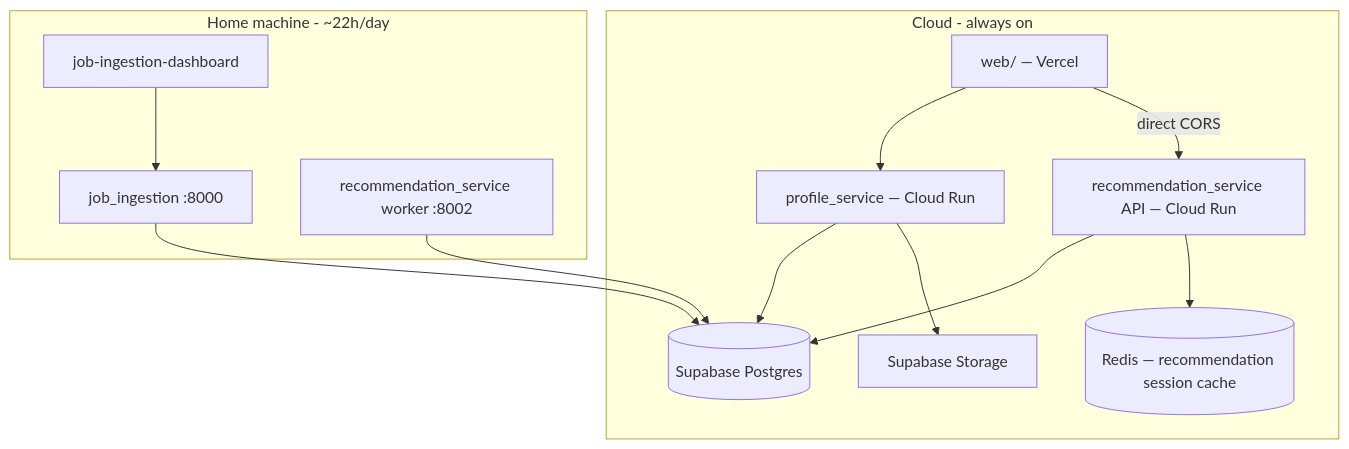
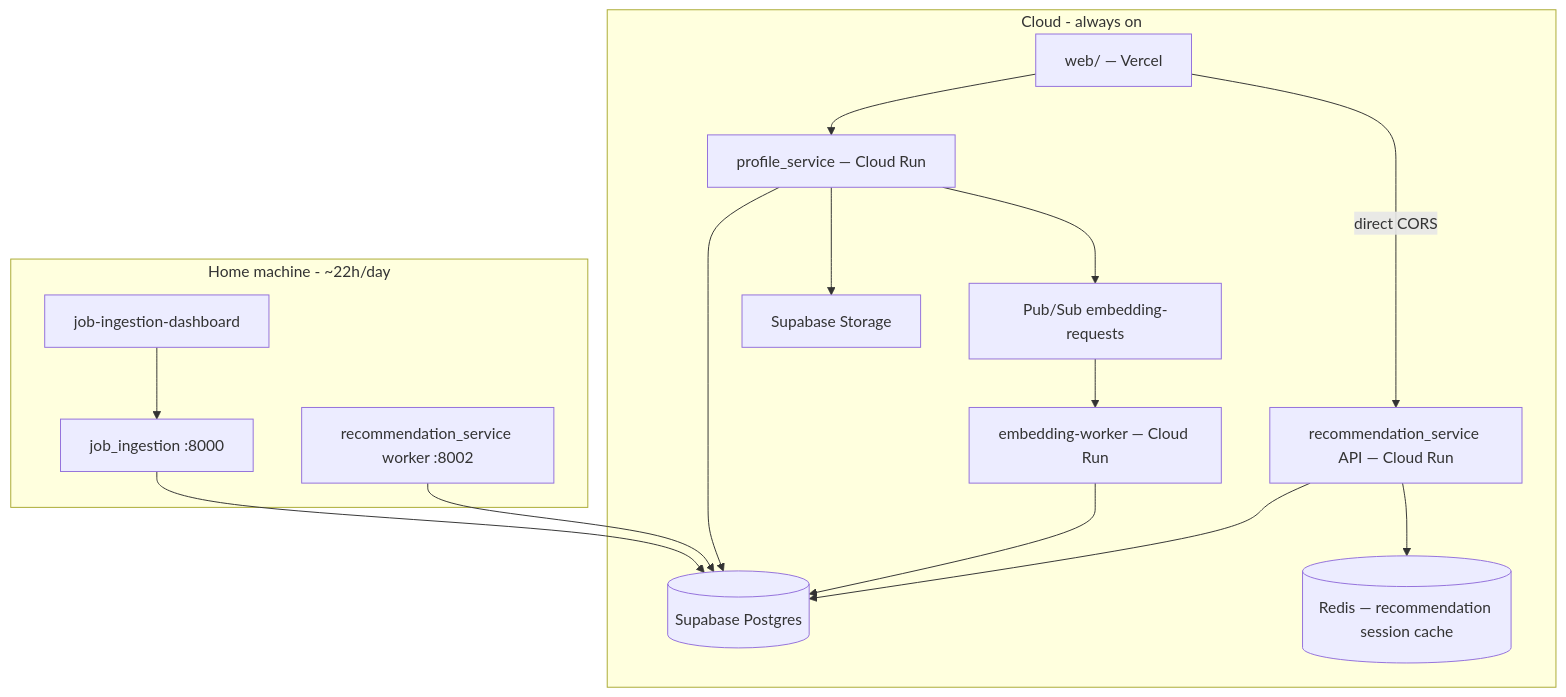
Before and after one commit to yatharthMogra/job-crawler: the first of 2 diagrams in DEPLOYMENT.md, drawn with Mermaid. The commit also changed other lines of this file and 86 other files, not shown here.

````diff
--- a/DEPLOYMENT.md
+++ b/DEPLOYMENT.md
@@ -7,27 +7,32 @@
 ```mermaid
 flowchart TB
   subgraph cloud [Cloud - always on]
     Vercel["web/ — Vercel"]
     ProfileAPI["profile_service — Cloud Run"]
     RecoAPI["recommendation_service API — Cloud Run"]
+    EmbeddingWorker["embedding-worker — Cloud Run"]
+    PubSub["Pub/Sub embedding-requests"]
     SupabaseDB[("Supabase Postgres")]
     SupabaseStorage["Supabase Storage"]
     Redis[("Redis — recommendation session cache")]
   end
 
   subgraph home [Home machine - ~22h/day]
     JobIngestion["job_ingestion :8000"]
     NotifWorker["recommendation_service worker :8002"]
     AdminDash["job-ingestion-dashboard"]
   end
 
   Vercel --> ProfileAPI
   Vercel -->|"direct CORS"| RecoAPI
   ProfileAPI --> SupabaseDB
   ProfileAPI --> SupabaseStorage
+  ProfileAPI --> PubSub
+  PubSub --> EmbeddingWorker
+  EmbeddingWorker --> SupabaseDB
   RecoAPI --> SupabaseDB
   RecoAPI --> Redis
   JobIngestion --> SupabaseDB
   NotifWorker --> SupabaseDB
   AdminDash --> JobIngestion
 ```
````
